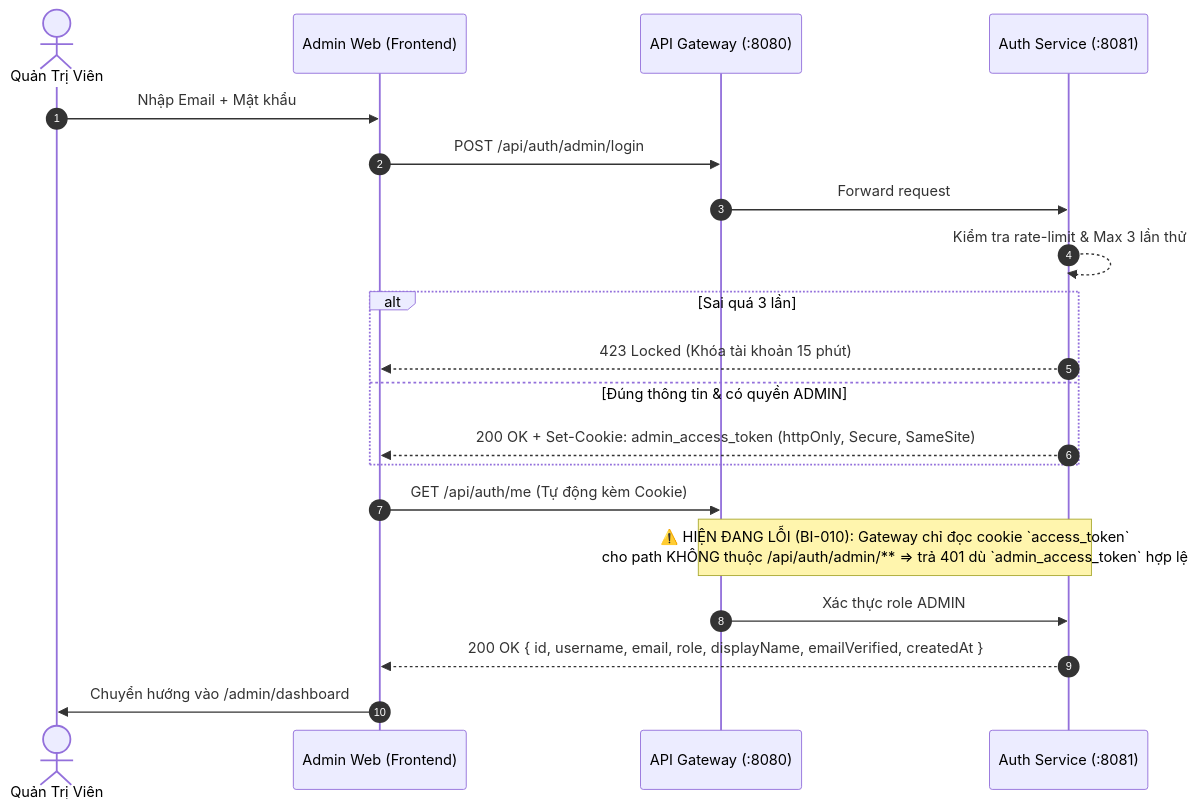
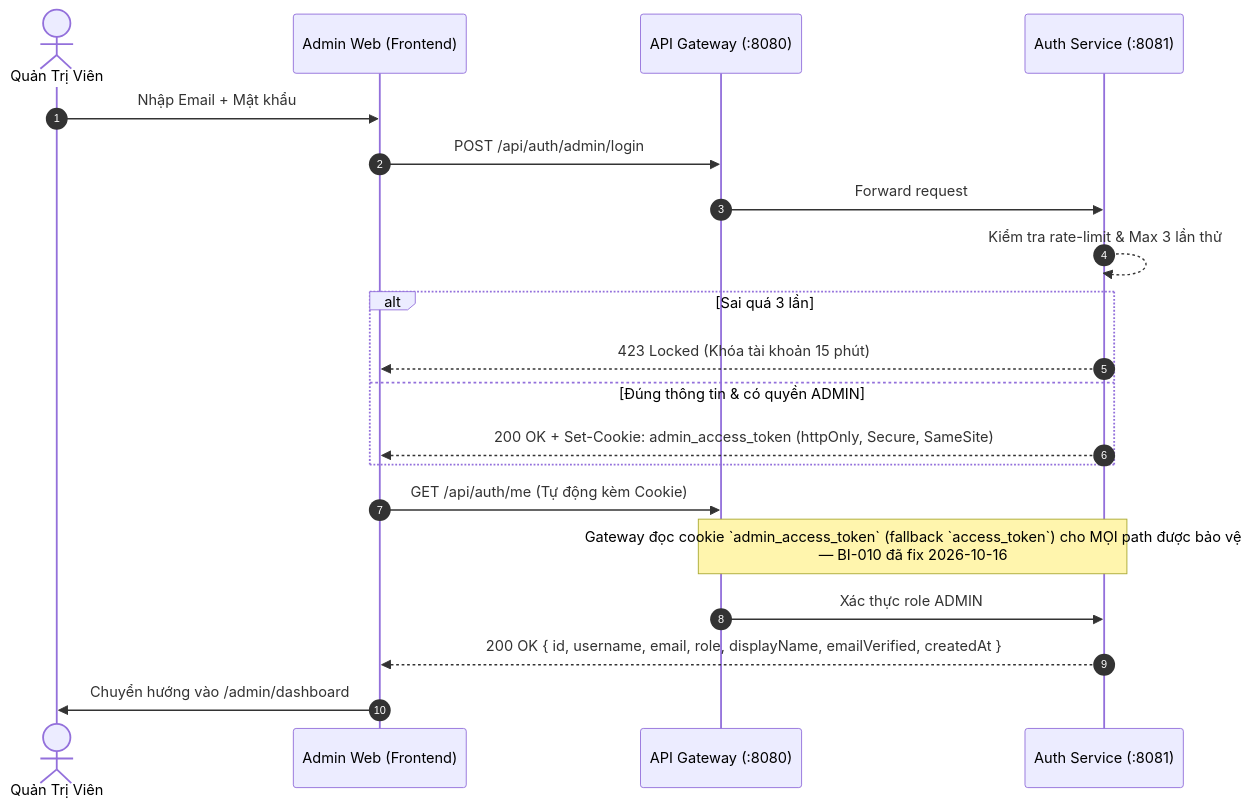
Before and after one commit to Hiennguyen278610/snapgram-admin: the diagram in docs/ui-plan/architect/auth-and-security-flow.md, drawn with Mermaid. The commit also changed 8 other files, not shown here.

````diff
--- a/docs/ui-plan/architect/auth-and-security-flow.md
+++ b/docs/ui-plan/architect/auth-and-security-flow.md
@@ -33,23 +33,23 @@
 ```mermaid
 sequenceDiagram
     autonumber
     actor Admin as Quản Trị Viên
     participant UI as Admin Web (Frontend)
     participant GW as API Gateway (:8080)
     participant Auth as Auth Service (:8081)
 
     Admin->>UI: Nhập Email + Mật khẩu
     UI->>GW: POST /api/auth/admin/login
     GW->>Auth: Forward request
     Auth-->>Auth: Kiểm tra rate-limit & Max 3 lần thử
     alt Sai quá 3 lần
         Auth-->>UI: 423 Locked (Khóa tài khoản 15 phút)
     else Đúng thông tin & có quyền ADMIN
         Auth-->>UI: 200 OK + Set-Cookie: admin_access_token (httpOnly, Secure, SameSite)
     end
     UI->>GW: GET /api/auth/me (Tự động kèm Cookie)
-    Note over GW,Auth: ⚠️ HIỆN ĐANG LỖI (BI-010): Gateway chỉ đọc cookie `access_token`<br/>cho path KHÔNG thuộc /api/auth/admin/** ⇒ trả 401 dù `admin_access_token` hợp lệ
+    Note over GW,Auth: Gateway đọc cookie `admin_access_token` (fallback `access_token`) cho MỌI path được bảo vệ<br/>— BI-010 đã fix 2026-10-16
     GW->>Auth: Xác thực role ADMIN
     Auth-->>UI: 200 OK { id, username, email, role, displayName, emailVerified, createdAt }
     UI->>Admin: Chuyển hướng vào /admin/dashboard
 ```
````
